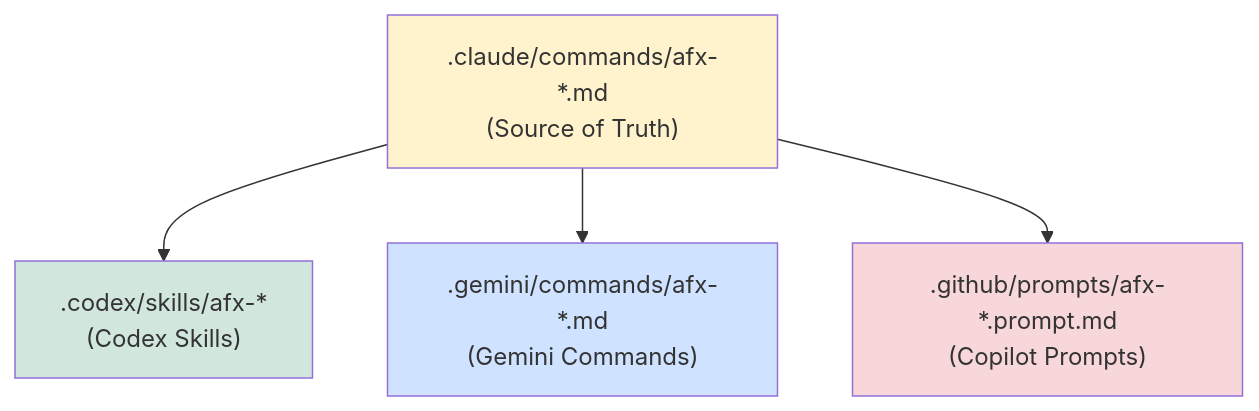
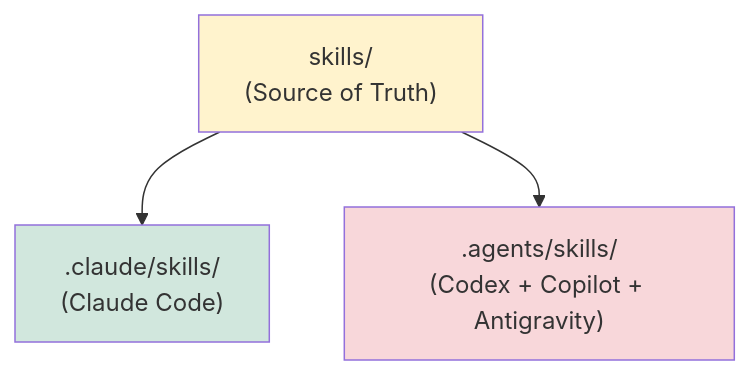
Diagram 11 of 13 in README.md (rixrix/afx), drawn with Mermaid before and after one commit. The commit also changed other lines of this file and 153 other files, not shown here.

````diff
--- a/README.md
+++ b/README.md
@@ -502,11 +502,9 @@
 ```mermaid
 graph TD
-    A[".claude/commands/afx-*.md<br/>(Source of Truth)"] --> B[".codex/skills/afx-*<br/>(Codex Skills)"]
-    A --> C[".gemini/commands/afx-*.md<br/>(Gemini Commands)"]
-    A --> D[".github/prompts/afx-*.prompt.md<br/>(Copilot Prompts)"]
+    A["skills/<br/>(Source of Truth)"] --> B[".claude/skills/<br/>(Claude Code)"]
+    A --> C[".agents/skills/<br/>(Codex + Copilot + Antigravity)"]
 
     style A fill:#fff3cd
     style B fill:#d1e7dd
-    style C fill:#cfe2ff
-    style D fill:#f8d7da
+    style C fill:#f8d7da
 ```
````
